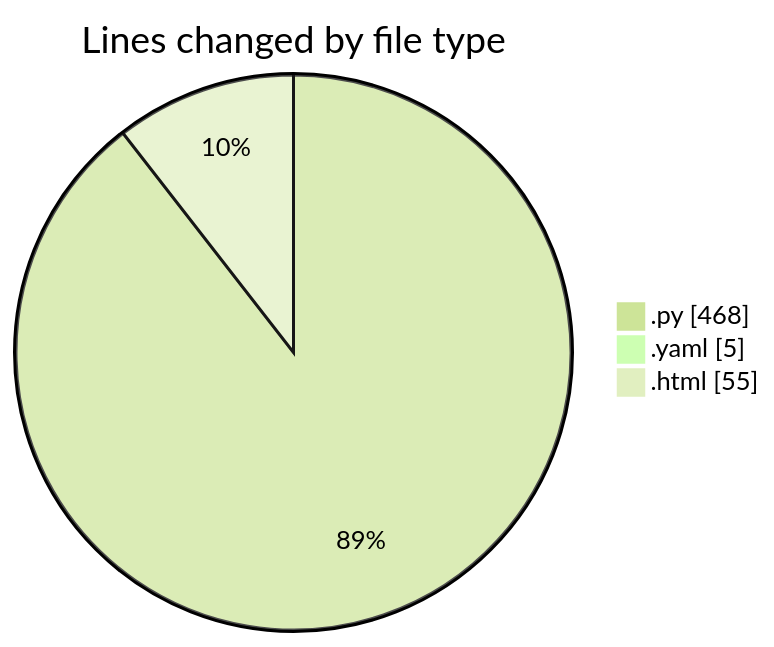
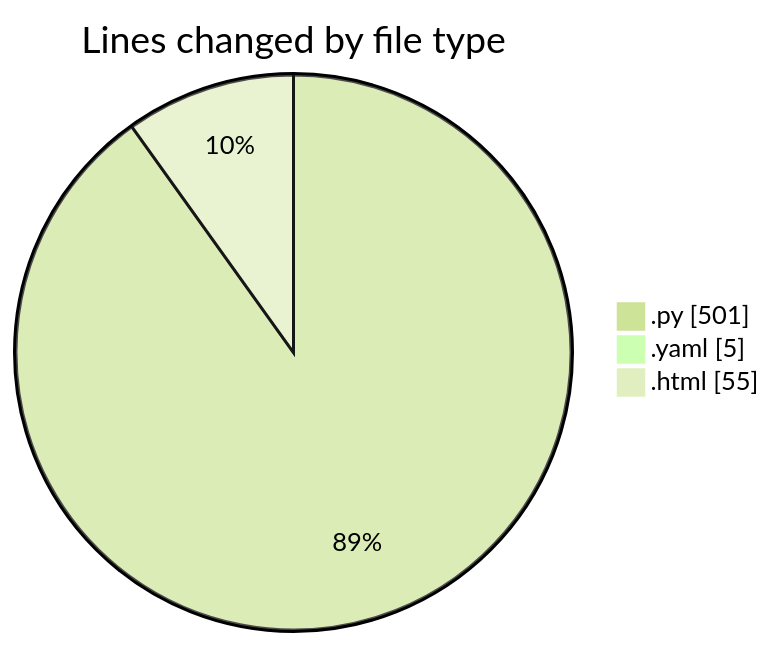
Before and after one commit to Ritupan-Deka/code-tracking: the first of 2 diagrams in 2025-06-26/webapp/README.md, drawn with Mermaid (forest theme). The commit also changed other lines of this file and 1 other file, not shown here.

````diff
--- a/2025-06-26/webapp/README.md
+++ b/2025-06-26/webapp/README.md
@@ -26,7 +26,7 @@
 ```mermaid
 pie showData
 title Lines changed by file type
-".py" : 468
+".py" : 501
 ".yaml" : 5
 ".html" : 55
 ```
````
